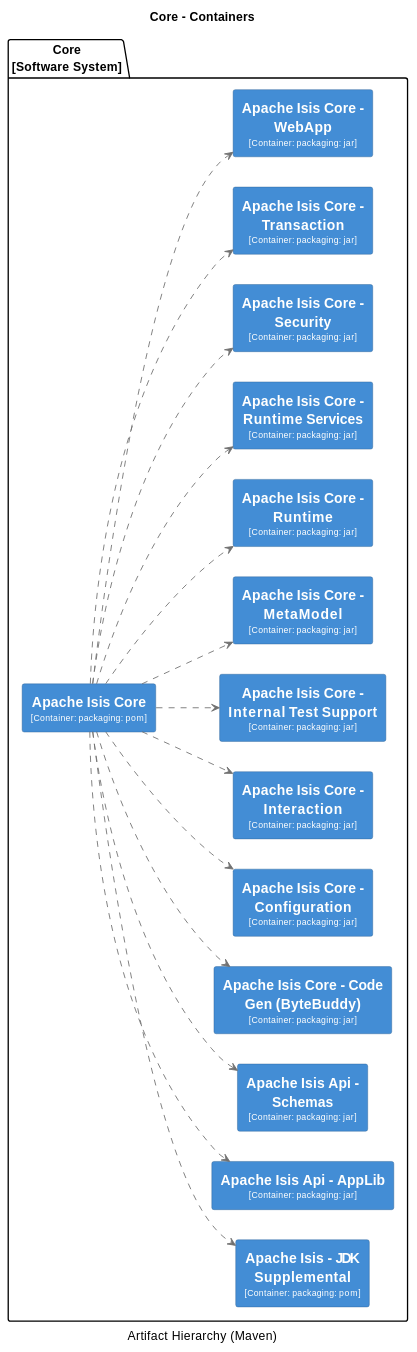
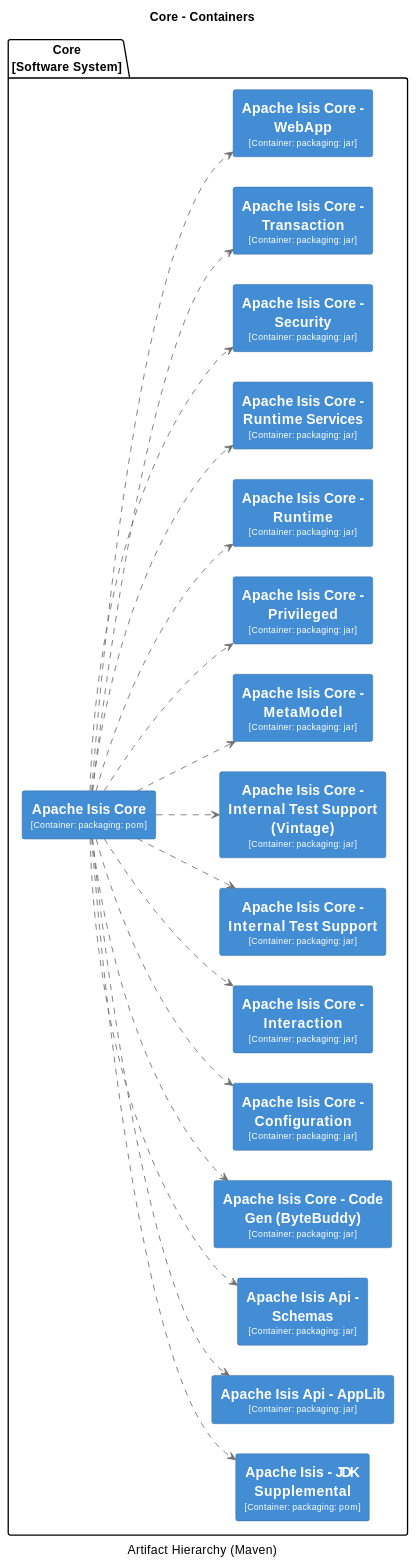
Before and after one commit to apache/causeway: the seventh of 32 diagrams in core/adoc/modules/_overview/pages/about.adoc, drawn with PlantUML. The commit also changed other lines of this file and 9 other files, not shown here.

```diff
--- a/core/adoc/modules/_overview/pages/about.adoc
+++ b/core/adoc/modules/_overview/pages/about.adoc
@@ -1341,6 +1343,16 @@
   BorderColor #2E6295
 }
 skinparam rectangle<<15>> {
+  BackgroundColor #438dd5
+  FontColor #fffffe
+  BorderColor #2E6295
+}
+skinparam rectangle<<16>> {
+  BackgroundColor #438dd5
+  FontColor #fffffe
+  BorderColor #2E6295
+}
+skinparam rectangle<<17>> {
   BackgroundColor #438dd5
   FontColor #fffffe
   BorderColor #2E6295
@@ -1391,24 +1403,26 @@
   BorderColor #2E6295
 }
 package "Core\n[Software System]" {
-  rectangle "==Apache Isis - JDK Supplemental\n<size:10>[Container: packaging: pom]</size>" <<14>> as 14
+  rectangle "==Apache Isis - JDK Supplemental\n<size:10>[Container: packaging: pom]</size>" <<16>> as 16
   rectangle "==Apache Isis Api - AppLib\n<size:10>[Container: packaging: jar]</size>" <<3>> as 3
-  rectangle "==Apache Isis Api - Schemas\n<size:10>[Container: packaging: jar]</size>" <<15>> as 15
+  rectangle "==Apache Isis Api - Schemas\n<size:10>[Container: packaging: jar]</size>" <<17>> as 17
   rectangle "==Apache Isis Core\n<size:10>[Container: packaging: pom]</size>" <<2>> as 2
   rectangle "==Apache Isis Core - Code Gen (ByteBuddy)\n<size:10>[Container: packaging: jar]</size>" <<4>> as 4
   rectangle "==Apache Isis Core - Configuration\n<size:10>[Container: packaging: jar]</size>" <<5>> as 5
   rectangle "==Apache Isis Core - Interaction\n<size:10>[Container: packaging: jar]</size>" <<6>> as 6
   rectangle "==Apache Isis Core - Internal Test Support\n<size:10>[Container: packaging: jar]</size>" <<7>> as 7
-  rectangle "==Apache Isis Core - MetaModel\n<size:10>[Container: packaging: jar]</size>" <<8>> as 8
-  rectangle "==Apache Isis Core - Runtime\n<size:10>[Container: packaging: jar]</size>" <<9>> as 9
-  rectangle "==Apache Isis Core - Runtime Services\n<size:10>[Container: packaging: jar]</size>" <<10>> as 10
-  rectangle "==Apache Isis Core - Security\n<size:10>[Container: packaging: jar]</size>" <<11>> as 11
-  rectangle "==Apache Isis Core - Transaction\n<size:10>[Container: packaging: jar]</size>" <<12>> as 12
-  rectangle "==Apache Isis Core - WebApp\n<size:10>[Container: packaging: jar]</size>" <<13>> as 13
+  rectangle "==Apache Isis Core - Internal Test Support (Vintage)\n<size:10>[Container: packaging: jar]</size>" <<8>> as 8
+  rectangle "==Apache Isis Core - MetaModel\n<size:10>[Container: packaging: jar]</size>" <<9>> as 9
+  rectangle "==Apache Isis Core - Privileged\n<size:10>[Container: packaging: jar]</size>" <<10>> as 10
+  rectangle "==Apache Isis Core - Runtime\n<size:10>[Container: packaging: jar]</size>" <<11>> as 11
+  rectangle "==Apache Isis Core - Runtime Services\n<size:10>[Container: packaging: jar]</size>" <<12>> as 12
+  rectangle "==Apache Isis Core - Security\n<size:10>[Container: packaging: jar]</size>" <<13>> as 13
+  rectangle "==Apache Isis Core - Transaction\n<size:10>[Container: packaging: jar]</size>" <<14>> as 14
+  rectangle "==Apache Isis Core - WebApp\n<size:10>[Container: packaging: jar]</size>" <<15>> as 15
 }
-2 .[#707070].> 14 : ""
+2 .[#707070].> 16 : ""
 2 .[#707070].> 3 : ""
-2 .[#707070].> 15 : ""
+2 .[#707070].> 17 : ""
 2 .[#707070].> 4 : ""
 2 .[#707070].> 5 : ""
 2 .[#707070].> 6 : ""
@@ -1419,5 +1433,7 @@
 2 .[#707070].> 11 : ""
 2 .[#707070].> 12 : ""
 2 .[#707070].> 13 : ""
+2 .[#707070].> 14 : ""
+2 .[#707070].> 15 : ""
 @enduml
 ----
```
